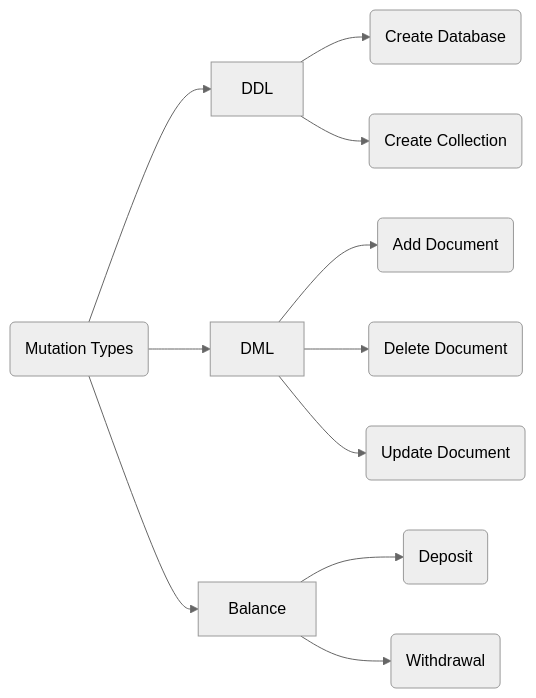
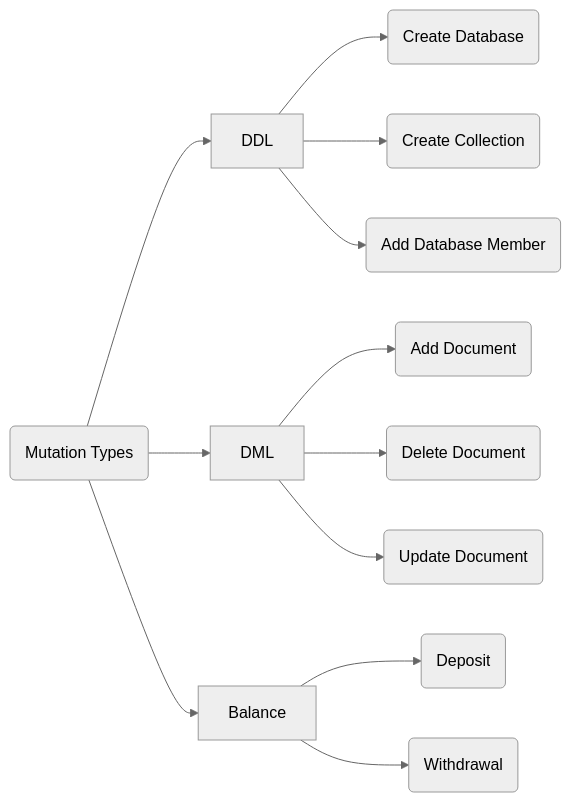
One commit to dbpunk-labs/DIPs changed the fourth of 6 diagrams in dips/dip-000.md. Above: the diagram before and after it, drawn with Mermaid (neutral theme). The commit also changed other lines of this file and 1 other file, not shown here.

````diff
--- a/dips/dip-000.md
+++ b/dips/dip-000.md
@@ -85,13 +90,14 @@
 ```mermaid
 flowchart LR
     m(Mutation Types) --> DDL
     DDL --> CD(Create Database)
     DDL --> CC(Create Collection)
+    DDL --> AM(Add Database Member)
     m --> DML
     DML --> AD(Add Document)
     DML --> DD(Delete Document)
     DML --> UD(Update Document)
     m --> Balance
     Balance --> MB(Deposit)
     Balance --> WD(Withdrawal)
 ```
````
